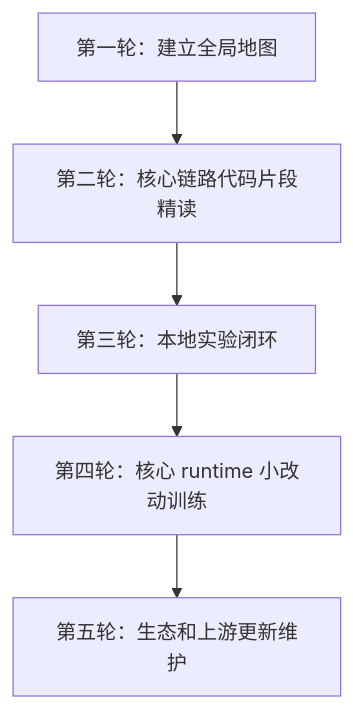
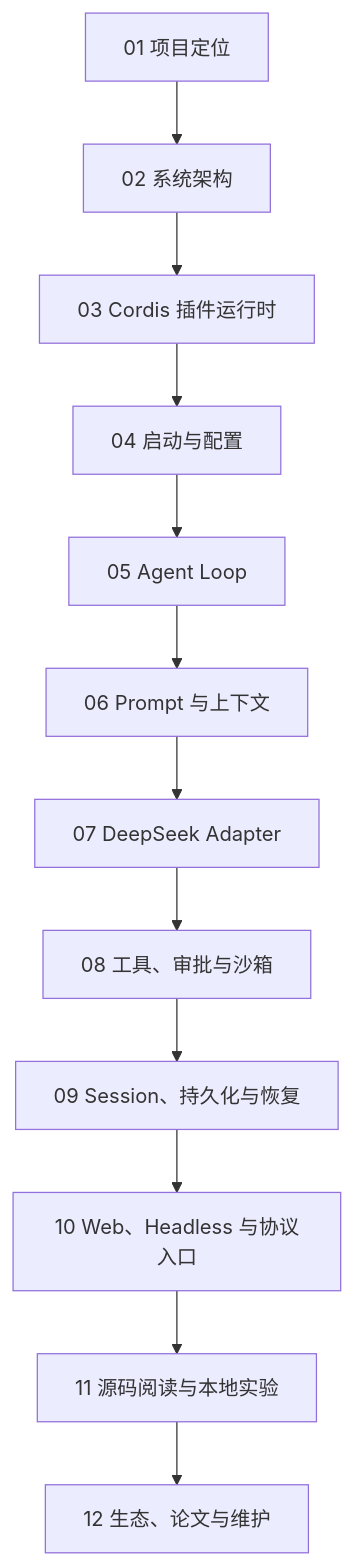
One commit to plwslpld-arch/agent-harness-internals changed the diagram in LEARNING_PATH.md. Above: the diagram before and after it, drawn with Mermaid. The commit also changed other lines of this file and 20 other files, not shown here.

````diff
--- a/LEARNING_PATH.md
+++ b/LEARNING_PATH.md
@@ -7,7 +9,14 @@
 ```mermaid
 flowchart TD
-  A["第一轮：建立全局地图"] --> B["第二轮：核心链路代码片段精读"]
-  B --> C["第三轮：本地实验闭环"]
-  C --> D["第四轮：核心 runtime 小改动训练"]
-  D --> E["第五轮：生态和上游更新维护"]
+  A["01 项目定位"] --> B["02 系统架构"]
+  B --> C["03 Cordis 插件运行时"]
+  C --> D["04 启动与配置"]
+  D --> E["05 Agent Loop"]
+  E --> F["06 Prompt 与上下文"]
+  F --> G["07 DeepSeek Adapter"]
+  G --> H["08 工具、审批与沙箱"]
+  H --> I["09 Session、持久化与恢复"]
+  I --> J["10 Web、Headless 与协议入口"]
+  J --> K["11 源码阅读与本地实验"]
+  K --> L["12 生态、论文与维护"]
 ```
````
